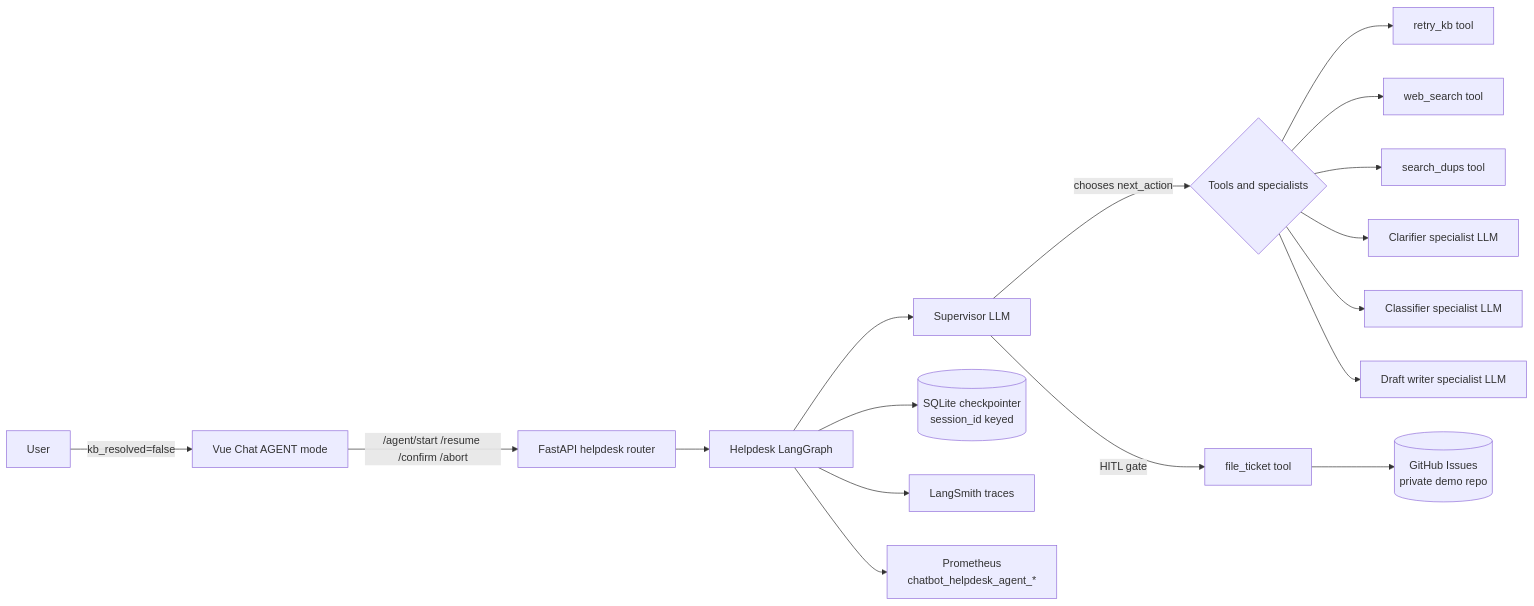
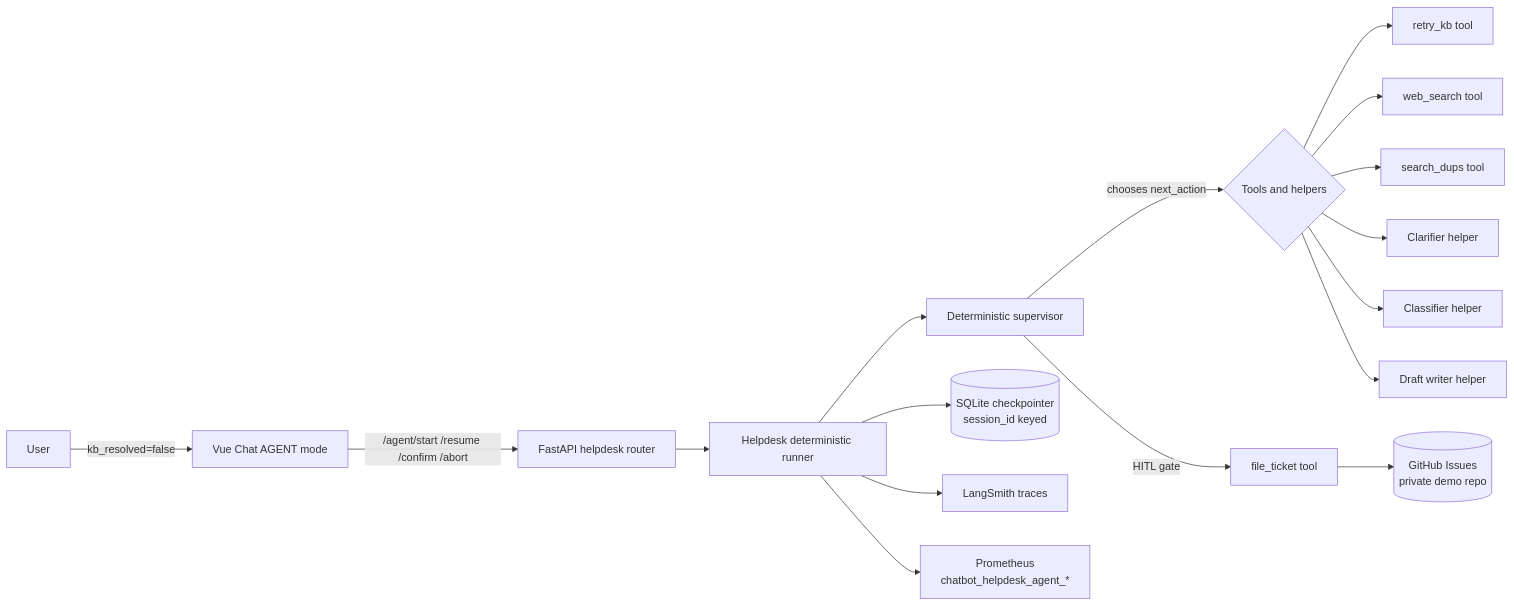
Before and after one commit to sandeep-jay/campus-rag-assistant: the diagram in docs/helpdesk/index.md, drawn with Mermaid. The commit also changed other lines of this file and 15 other files, not shown here.

````diff
--- a/docs/helpdesk/index.md
+++ b/docs/helpdesk/index.md
@@ -22,19 +22,19 @@
 ```mermaid
 flowchart LR
   User[User] -->|kb_resolved=false| Vue[Vue Chat AGENT mode]
   Vue -->|/agent/start /resume /confirm /abort| API[FastAPI helpdesk router]
-  API --> Agent[Helpdesk LangGraph]
-  Agent --> Supervisor[Supervisor LLM]
-  Supervisor -->|chooses next_action| Tools{Tools and specialists}
+  API --> Agent[Helpdesk deterministic runner]
+  Agent --> Supervisor[Deterministic supervisor]
+  Supervisor -->|chooses next_action| Tools{Tools and helpers}
   Tools --> RetryKB[retry_kb tool]
   Tools --> WebSearch[web_search tool]
   Tools --> SearchDups[search_dups tool]
-  Tools --> Clarifier[Clarifier specialist LLM]
-  Tools --> Classifier[Classifier specialist LLM]
-  Tools --> Writer[Draft writer specialist LLM]
+  Tools --> Clarifier[Clarifier helper]
+  Tools --> Classifier[Classifier helper]
+  Tools --> Writer[Draft writer helper]
   Supervisor -->|HITL gate| FileTicket[file_ticket tool]
   FileTicket --> GH[(GitHub Issues<br/>private demo repo)]
   Agent --> Checkpoint[(SQLite checkpointer<br/>session_id keyed)]
   Agent --> LangSmith[LangSmith traces]
   Agent --> Metrics[Prometheus<br/>chatbot_helpdesk_agent_*]
 ```
````
